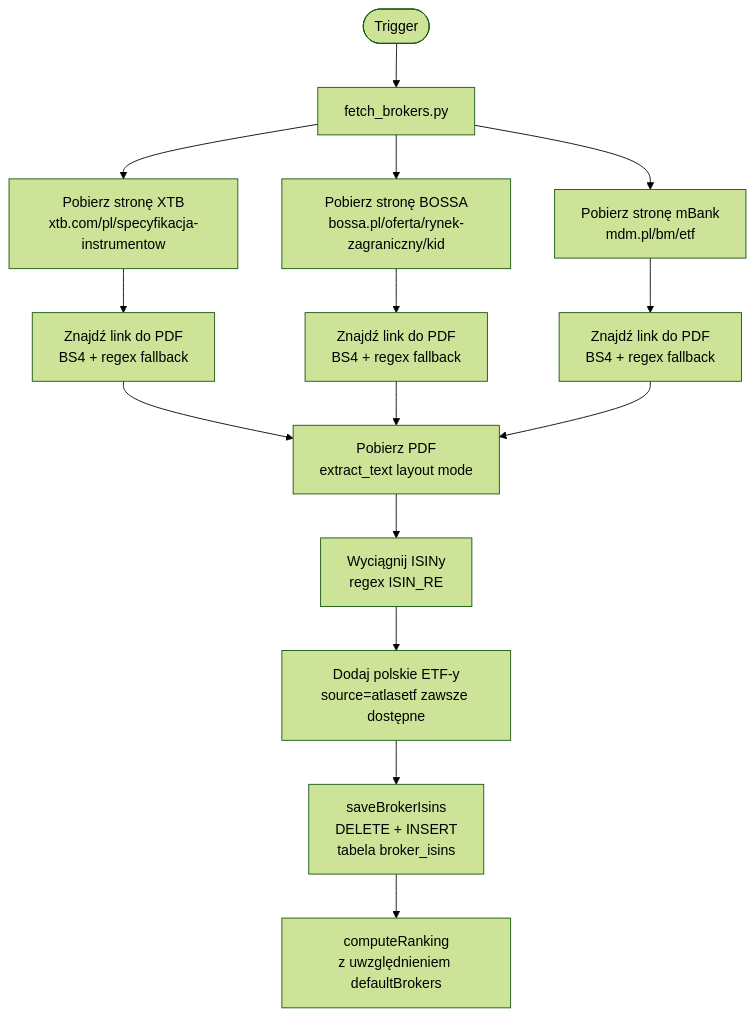
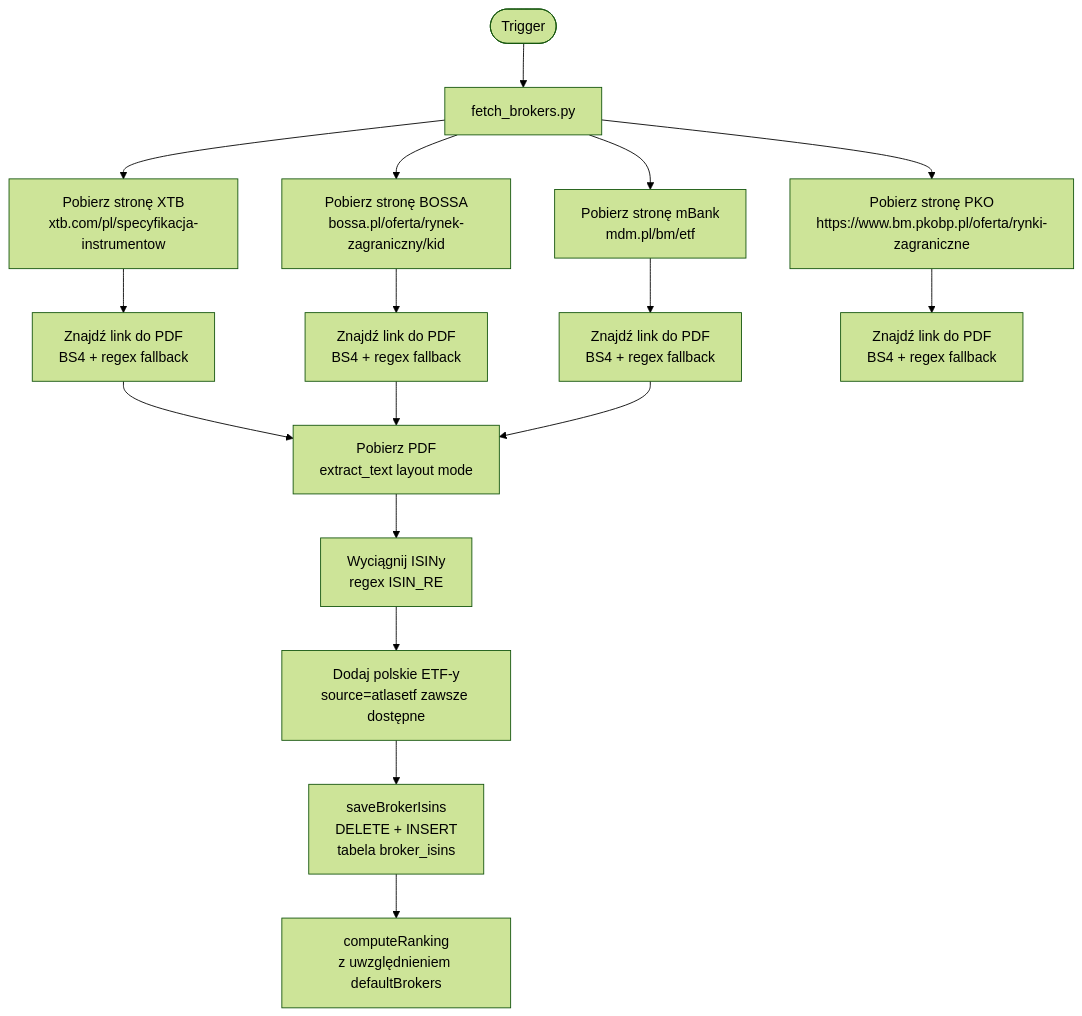
One commit to konjas/momentum changed the second of 3 diagrams in README.md. Above: the diagram before and after it, drawn with Mermaid (forest theme). The commit also changed other lines of this file and 4 other files, not shown here.

````diff
--- a/README.md
+++ b/README.md
@@ -96,17 +96,19 @@
 ```mermaid
 flowchart TD
     A([Trigger]) --> B[fetch_brokers.py]
     B --> C[Pobierz stronę XTB\nxtb.com/pl/specyfikacja-instrumentow]
     B --> D[Pobierz stronę BOSSA\nbossa.pl/oferta/rynek-zagraniczny/kid]
     B --> E[Pobierz stronę mBank\nmdm.pl/bm/etf]
+    B --> F[Pobierz stronę PKO\nhttps://www.bm.pkobp.pl/oferta/rynki-zagraniczne]
     C --> CC[Znajdź link do PDF\nBS4 + regex fallback]
     D --> DD[Znajdź link do PDF\nBS4 + regex fallback]
     E --> EE[Znajdź link do PDF\nBS4 + regex fallback]
+    F --> FF[Znajdź link do PDF\nBS4 + regex fallback]
     CC --> G[Pobierz PDF\nextract_text layout mode]
     DD --> G
     EE --> G
     G --> H[Wyciągnij ISINy\nregex ISIN_RE]
     H --> I[Dodaj polskie ETF-y\nsource=atlasetf zawsze dostępne]
     I --> J[saveBrokerIsins\nDELETE + INSERT\ntabela broker_isins]
     J --> K[computeRanking\nz uwzględnieniem defaultBrokers]
 ```
````
